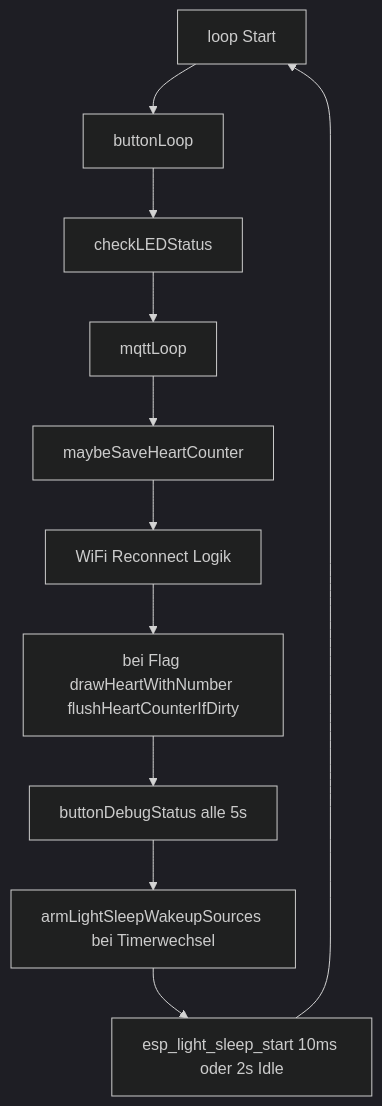
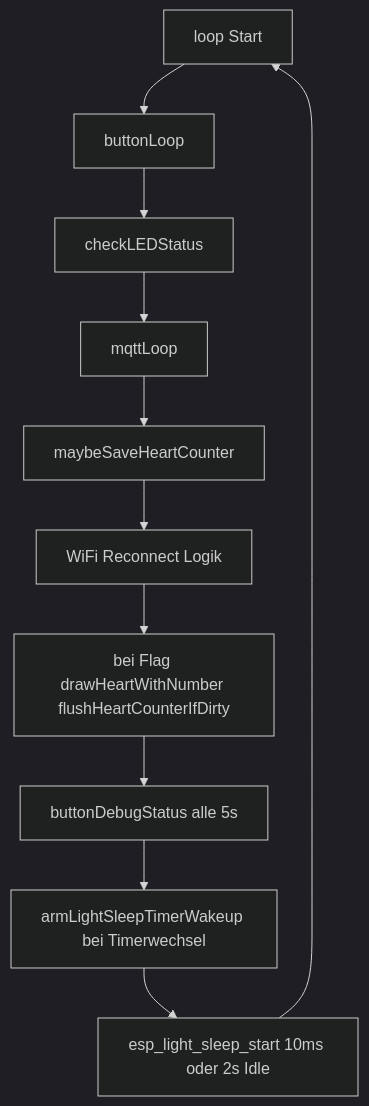
The fourth of 4 diagrams in docs/ARCHITECTURE.md (EyJunge1/chaya2mqtt), drawn with Mermaid (dark theme) before and after one commit. The commit also changed other lines of this file and 7 other files, not shown here.

First line of the commit message:
Refactor light sleep handling and improve MQTT configuration management

````diff
--- a/docs/ARCHITECTURE.md
+++ b/docs/ARCHITECTURE.md
@@ -103,15 +104,15 @@
 ```mermaid
 flowchart TD
     start[loop Start]
     btn[buttonLoop]
     led[checkLEDStatus]
     mq[mqttLoop]
     save[maybeSaveHeartCounter]
     wifi[WiFi Reconnect Logik]
     redraw[bei Flag drawHeartWithNumber flushHeartCounterIfDirty]
     dbg[buttonDebugStatus alle 5s]
-    arm[armLightSleepWakeupSources bei Timerwechsel]
+    arm[armLightSleepTimerWakeup bei Timerwechsel]
     wait[esp_light_sleep_start 10ms oder 2s Idle]
 
     start --> btn --> led --> mq --> save --> wifi --> redraw --> dbg --> arm --> wait --> start
 ```
````
